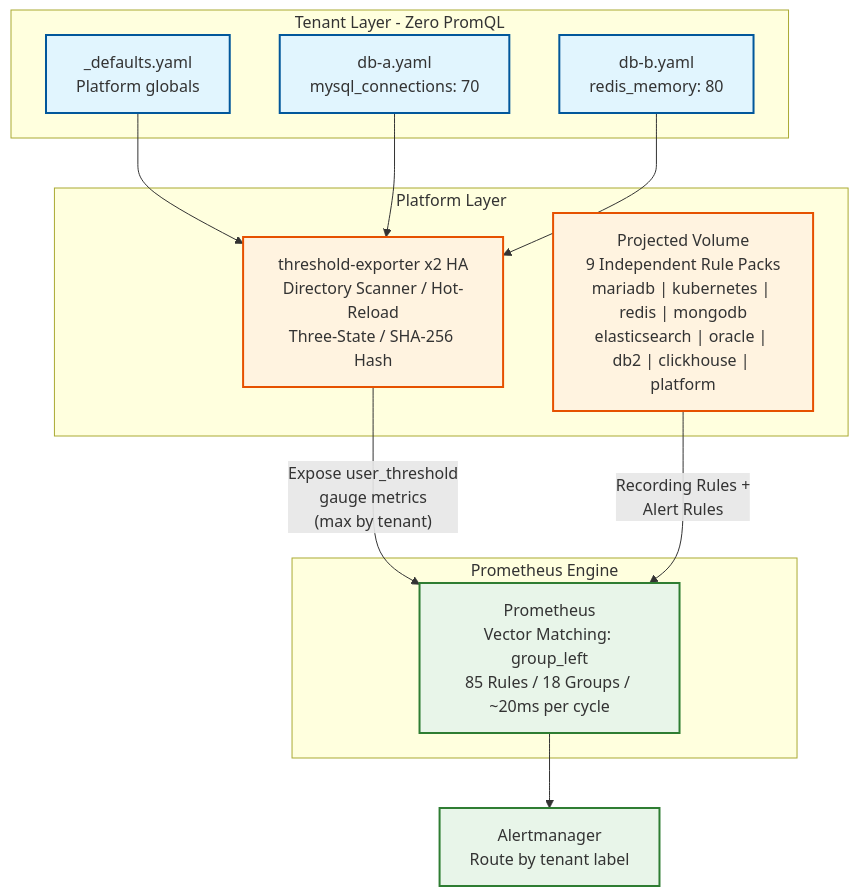
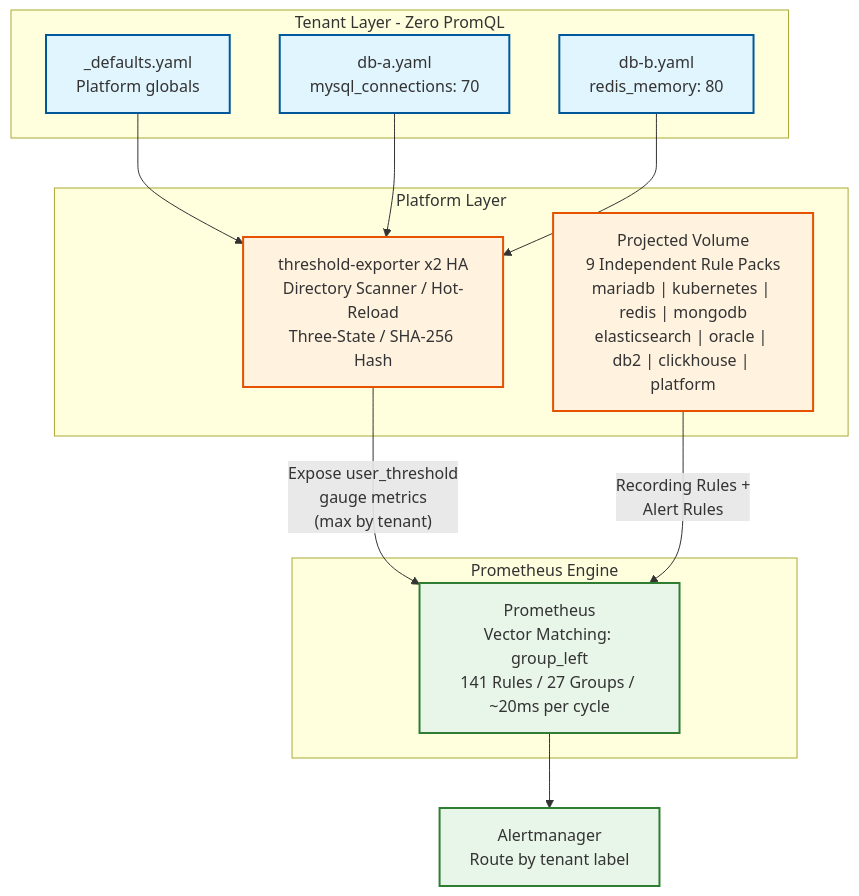
The second of 2 diagrams in README.en.md (vencil/Dynamic-Alerting-Integrations), drawn with Mermaid before and after one commit. The commit also changed other lines of this file and 5 other files, not shown here.

Commit message:
chore: fix error ci flow

````diff
--- a/README.en.md
+++ b/README.en.md
@@ -156,31 +174,31 @@
 ```mermaid
 graph TD
     subgraph TL["Tenant Layer - Zero PromQL"]
         D["_defaults.yaml<br/>Platform globals"]
         T1["db-a.yaml<br/>mysql_connections: 70"]
         T2["db-b.yaml<br/>redis_memory: 80"]
     end
 
     subgraph PL["Platform Layer"]
         TE["threshold-exporter x2 HA<br/>Directory Scanner / Hot-Reload<br/>Three-State / SHA-256 Hash"]
         RP["Projected Volume<br/>9 Independent Rule Packs<br/>mariadb | kubernetes | redis | mongodb<br/>elasticsearch | oracle | db2 | clickhouse | platform"]
     end
 
     subgraph PE["Prometheus Engine"]
-        PROM["Prometheus<br/>Vector Matching: group_left<br/>85 Rules / 18 Groups / ~20ms per cycle"]
+        PROM["Prometheus<br/>Vector Matching: group_left<br/>141 Rules / 27 Groups / ~20ms per cycle"]
     end
 
     D --> TE
     T1 --> TE
     T2 --> TE
     TE -->|"Expose user_threshold<br/>gauge metrics<br/>(max by tenant)"| PROM
     RP -->|"Recording Rules +<br/>Alert Rules"| PROM
     PROM --> AM["Alertmanager<br/>Route by tenant label"]
 
     classDef tenant fill:#e1f5fe,stroke:#01579b,stroke-width:2px
     classDef platform fill:#fff3e0,stroke:#e65100,stroke-width:2px
     classDef engine fill:#e8f5e9,stroke:#2e7d32,stroke-width:2px
     class D,T1,T2 tenant
     class TE,RP platform
     class PROM,AM engine
 ```
````
